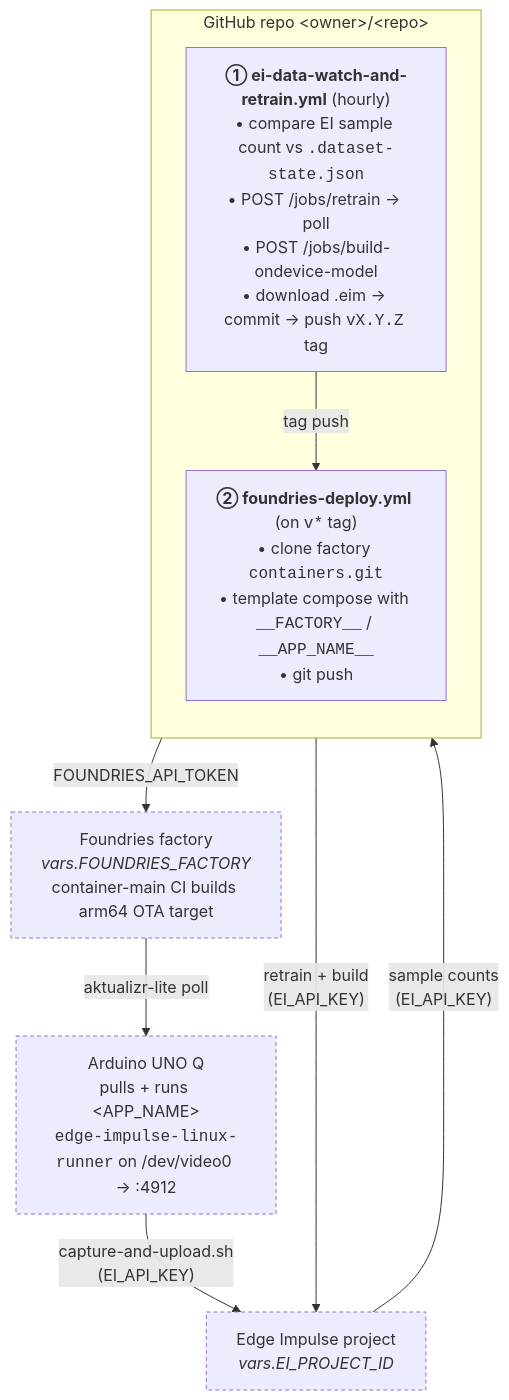
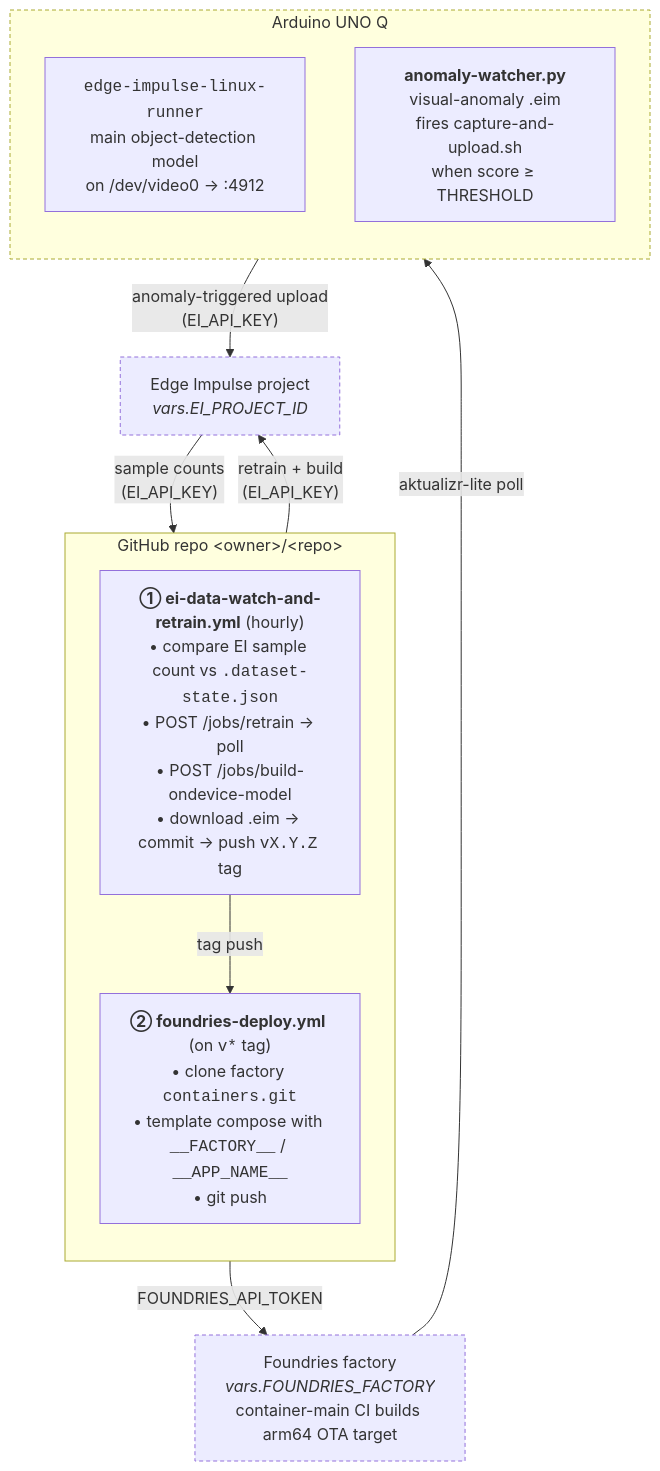
One commit to yennster/ei-vision-uno-q-foundries changed the diagram in README.md. Above: the diagram before and after it, drawn with Mermaid. The commit also changed other lines of this file and 2 other files, not shown here.

First line of the commit message:
feat: anomaly-driven data capture via second EI model

````diff
--- a/README.md
+++ b/README.md
@@ -11,23 +11,28 @@
 ```mermaid
 flowchart TB
     EI["Edge Impulse project<br/><i>vars.EI_PROJECT_ID</i>"]
 
     subgraph GH["GitHub repo &lt;owner&gt;/&lt;repo&gt;"]
         direction TB
         WF1["<b>① ei-data-watch-and-retrain.yml</b> (hourly)<br/>• compare EI sample count vs <code>.dataset-state.json</code><br/>• POST /jobs/retrain → poll<br/>• POST /jobs/build-ondevice-model<br/>• download .eim → commit → push <code>vX.Y.Z</code> tag"]
         WF2["<b>② foundries-deploy.yml</b> (on <code>v*</code> tag)<br/>• clone factory <code>containers.git</code><br/>• template compose with <code>__FACTORY__</code> / <code>__APP_NAME__</code><br/>• git push"]
         WF1 -- "tag push" --> WF2
     end
 
     Factory["Foundries factory<br/><i>vars.FOUNDRIES_FACTORY</i><br/>container-main CI builds arm64 OTA target"]
-    UnoQ["Arduino UNO Q<br/>pulls + runs &lt;APP_NAME&gt;<br/><code>edge-impulse-linux-runner</code> on /dev/video0 → :4912"]
+
+    subgraph Device["Arduino UNO Q"]
+        direction TB
+        Runner["<code>edge-impulse-linux-runner</code><br/>main object-detection model<br/>on /dev/video0 → :4912"]
+        Watcher["<b>anomaly-watcher.py</b><br/>visual-anomaly .eim<br/>fires capture-and-upload.sh<br/>when score ≥ THRESHOLD"]
+    end
 
     EI -- "sample counts<br/>(EI_API_KEY)" --> WF1
     WF1 -- "retrain + build<br/>(EI_API_KEY)" --> EI
     WF2 -- "FOUNDRIES_API_TOKEN" --> Factory
-    Factory -- "aktualizr-lite poll" --> UnoQ
-    UnoQ -- "capture-and-upload.sh<br/>(EI_API_KEY)" --> EI
+    Factory -- "aktualizr-lite poll" --> Runner
+    Watcher -- "anomaly-triggered upload<br/>(EI_API_KEY)" --> EI
 
     classDef secret stroke-dasharray: 4 3;
-    class EI,Factory,UnoQ secret;
+    class EI,Factory,Device secret;
 ```
````
